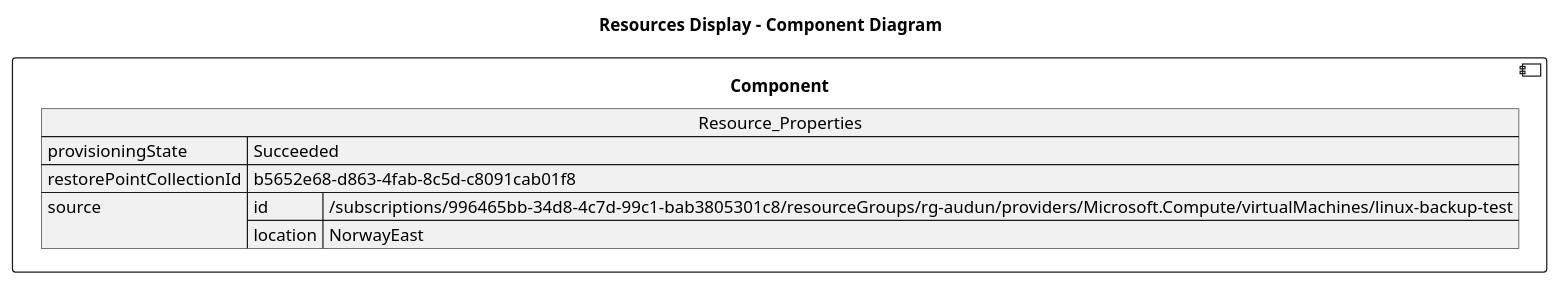
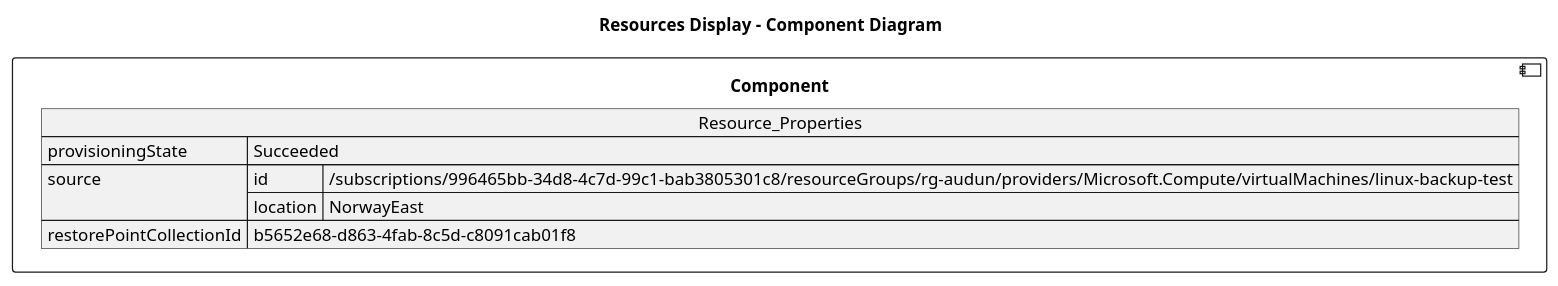
The diagram in architectureDesign/PUML/rg-audun-linux-test11_Resources/AzureBackup_linux_backup_test_7566064966473037613.puml (DanielAmpong/Test-Azure-architecture-diagram), drawn with PlantUML before and after one commit. The commit also changed 338 other files, not shown here.

```diff
--- a/architectureDesign/PUML/rg-audun-linux-test11_Resources/AzureBackup_linux_backup_test_7566064966473037613.puml
+++ b/architectureDesign/PUML/rg-audun-linux-test11_Resources/AzureBackup_linux_backup_test_7566064966473037613.puml
@@ -1,16 +1,16 @@
 @startuml
 
 title Resources Display - Component Diagram
 
 component Component {
 
 json  Resource_Properties {
   "provisioningState": "Succeeded",
-  "restorePointCollectionId": "b5652e68-d863-4fab-8c5d-c8091cab01f8",
   "source": {
     "id": "/subscriptions/996465bb-34d8-4c7d-99c1-bab3805301c8/resourceGroups/rg-audun/providers/Microsoft.Compute/virtualMachines/linux-backup-test",
     "location": "NorwayEast"
-  }
+  },
+  "restorePointCollectionId": "b5652e68-d863-4fab-8c5d-c8091cab01f8"
 }
 }
 @enduml
```
